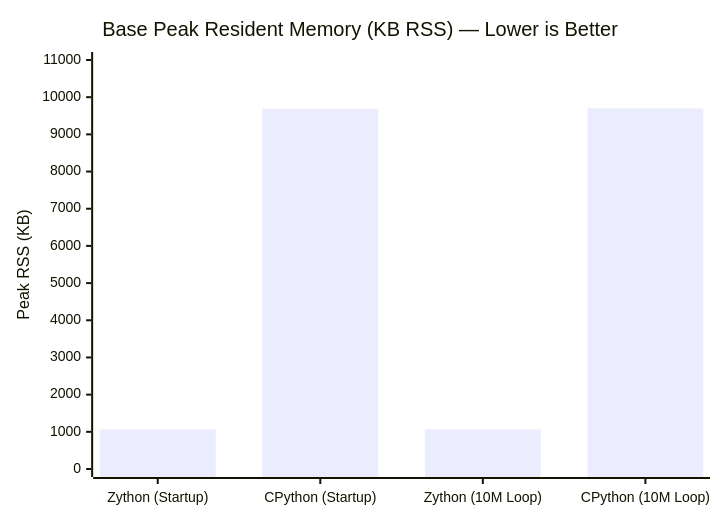
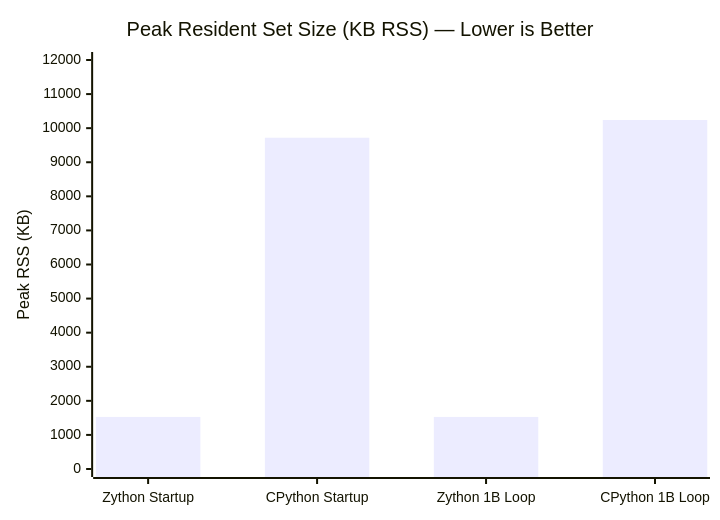
One commit to babar-xagi/zython- changed the second of 3 diagrams in benchmark.md. Above: the diagram before and after it, drawn with Mermaid. The commit also changed other lines of this file and 6 other files, not shown here.

````diff
--- a/benchmark.md
+++ b/benchmark.md
@@ -51,7 +55,7 @@
 ```mermaid
 xychart-beta
-    title "Base Peak Resident Memory (KB RSS) — Lower is Better"
-    x-axis ["Zython (Startup)", "CPython (Startup)", "Zython (10M Loop)", "CPython (10M Loop)"]
-    y-axis "Peak RSS (KB)" 0 --> 11000
-    bar [1064, 9688, 1064, 9700]
+    title "Peak Resident Set Size (KB RSS) — Lower is Better"
+    x-axis ["Zython Startup", "CPython Startup", "Zython 1B Loop", "CPython 1B Loop"]
+    y-axis "Peak RSS (KB)" 0 --> 12000
+    bar [1528, 9720, 1528, 10240]
 ```
````
